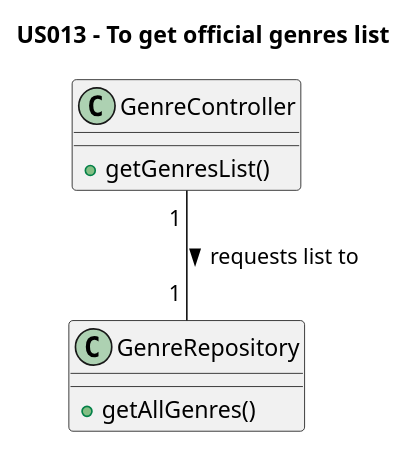
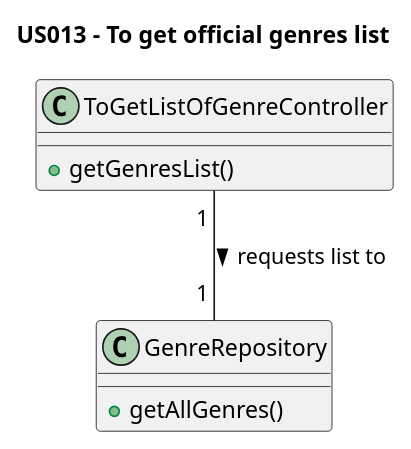
The diagram in Diagrams/ClassDiagrams/US013-to-get-official-genres-list.puml (AndrePereiraGitH/SWitCH-Project-Team_A), drawn with PlantUML before and after one commit. The commit also changed 8 other files, not shown here.

```diff
--- a/Diagrams/ClassDiagrams/US013-to-get-official-genres-list.puml
+++ b/Diagrams/ClassDiagrams/US013-to-get-official-genres-list.puml
@@ -1,16 +1,16 @@
 @startuml
 title US013 - To get official genres list
 
-class GenreController {
+class ToGetListOfGenreController {
   +getGenresList()
 }
 
 class GenreRepository {
   +getAllGenres()
 }
 
 ' Interactions
 
-GenreController "1 " -- "1 " GenreRepository : requests list to >
+ToGetListOfGenreController "1 " -- "1 " GenreRepository : requests list to >
 
 @enduml
```
